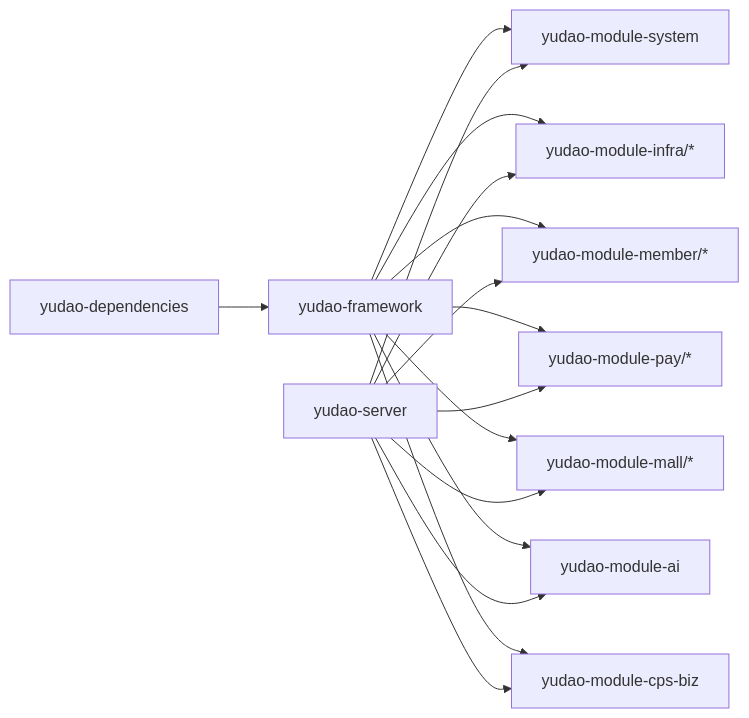
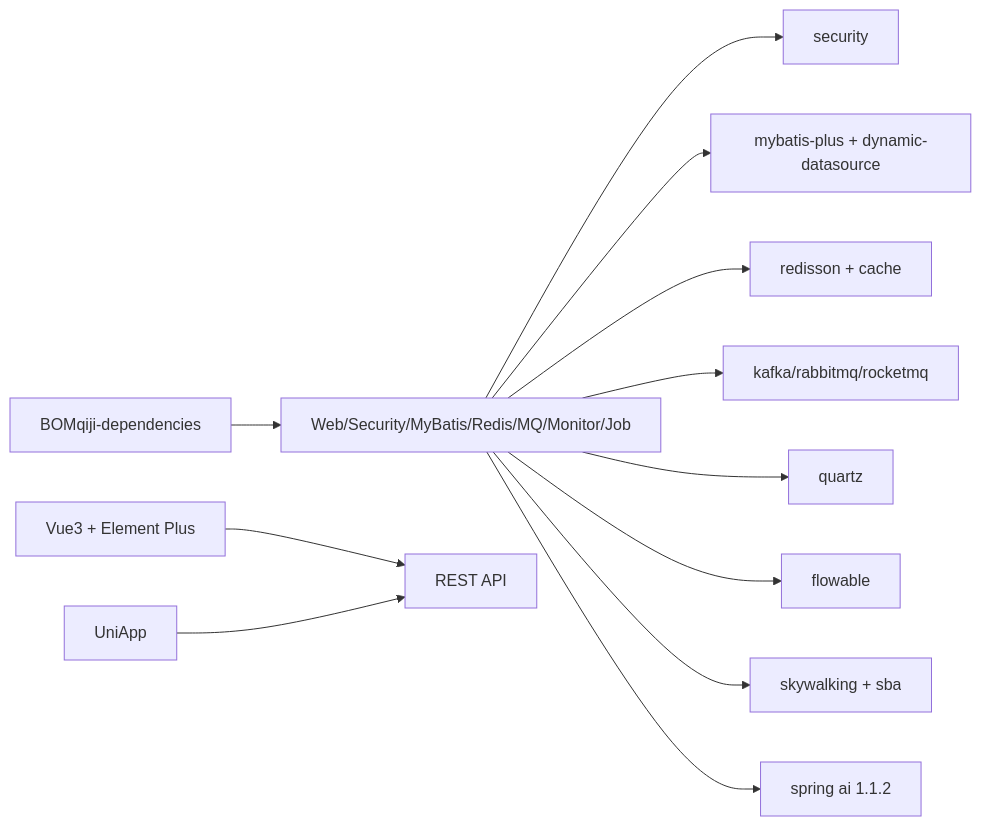
The sixth of 6 diagrams in .qoder/repowiki/zh/content/项目概述/技术栈概览.md (zhuangpengLI/AgenticCPS), drawn with Mermaid before and after one commit. The commit also changed other lines of this file and 355 other files, not shown here.

````diff
--- a/.qoder/repowiki/zh/content/项目概述/技术栈概览.md
+++ b/.qoder/repowiki/zh/content/项目概述/技术栈概览.md
@@ -266,18 +334,14 @@
 ```mermaid
 graph LR
-Deps["yudao-dependencies"] --> FW["yudao-framework"]
-FW --> Sys["yudao-module-system"]
-FW --> Infra["yudao-module-infra/*"]
-FW --> Member["yudao-module-member/*"]
-FW --> Pay["yudao-module-pay/*"]
-FW --> Mall["yudao-module-mall/*"]
-FW --> AI["yudao-module-ai"]
-FW --> CPS["yudao-module-cps-biz"]
-Srv["yudao-server"] --> Sys
-Srv --> Infra
-Srv --> Member
-Srv --> Pay
-Srv --> Mall
-Srv --> AI
-Srv --> CPS
+BOM["BOMqiji-dependencies"] --> WEB["Web/Security/MyBatis/Redis/MQ/Monitor/Job"]
+WEB --> SEC["security"]
+WEB --> DB["mybatis-plus + dynamic-datasource"]
+WEB --> RDS["redisson + cache"]
+WEB --> MQ["kafka/rabbitmq/rocketmq"]
+WEB --> JOB["quartz"]
+WEB --> BPM["flowable"]
+WEB --> MON["skywalking + sba"]
+WEB --> AI["spring ai 1.1.2"]
+FE_VUE["Vue3 + Element Plus"] --> API["REST API"]
+FE_UNI["UniApp"] --> API
 ```
````
